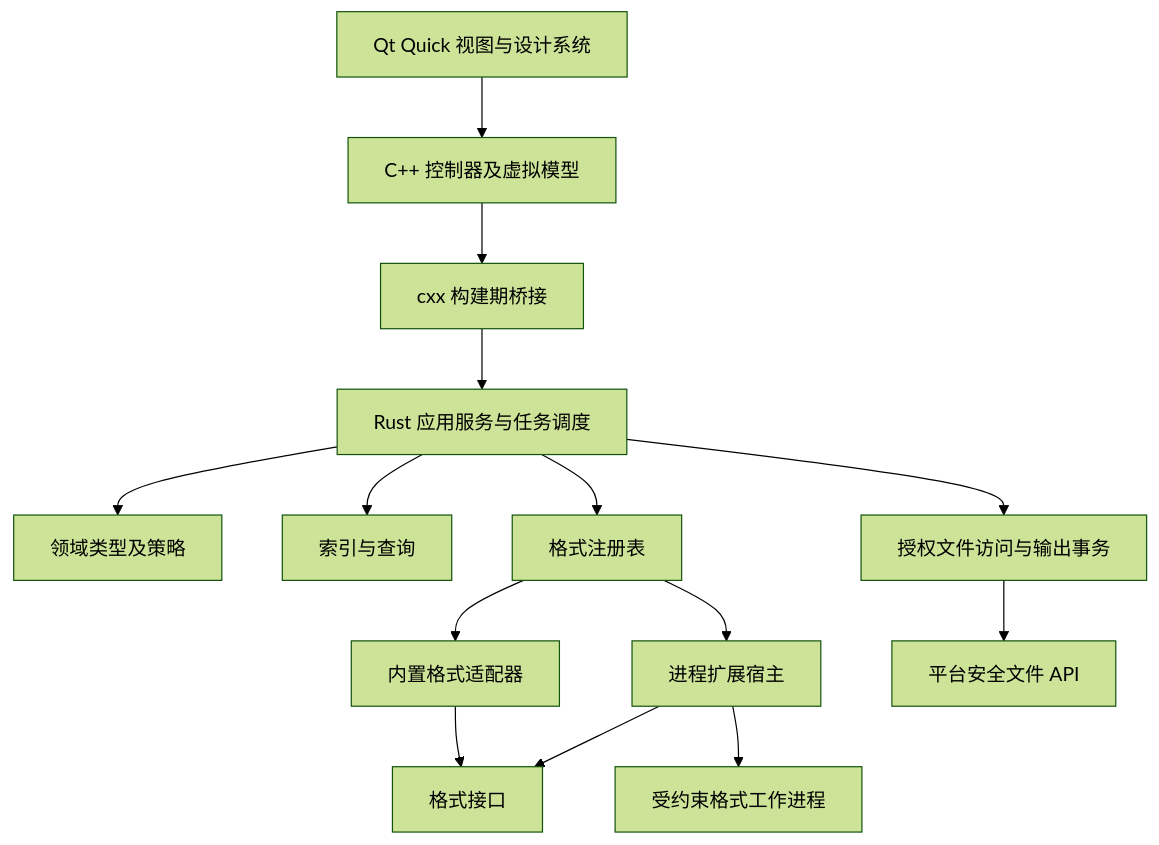
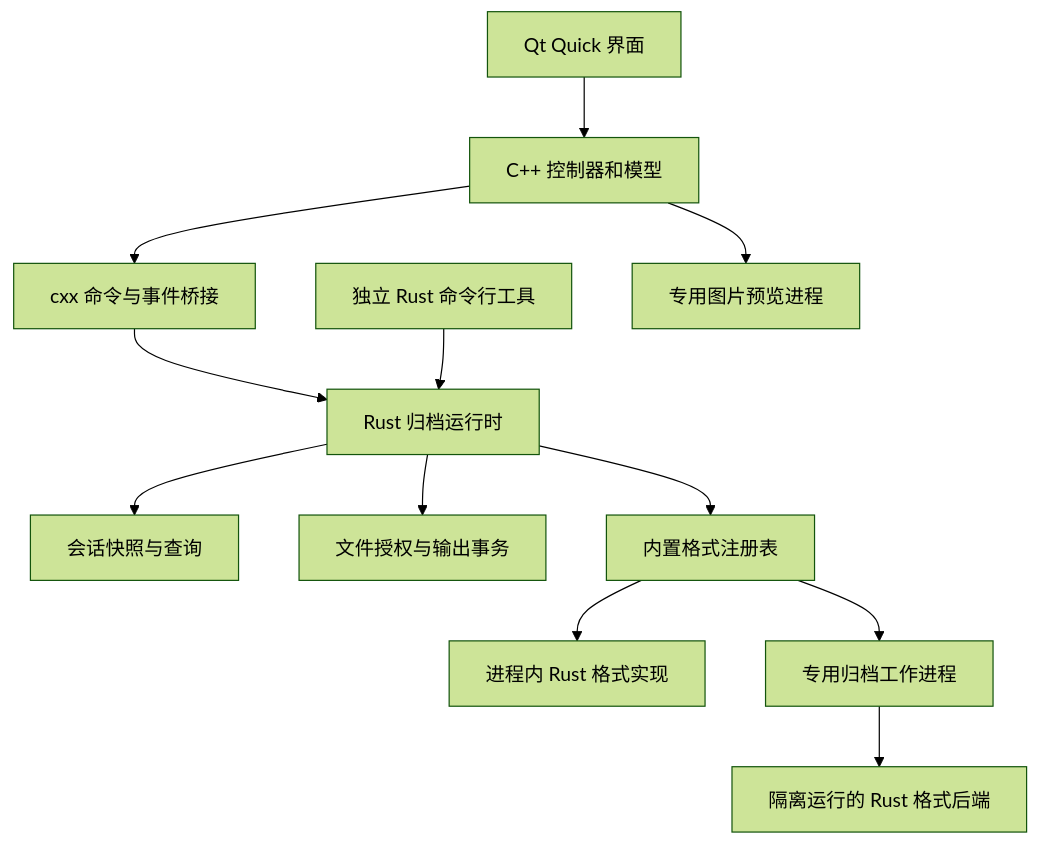
Before and after one commit to xiaodaozhi/xdzip: the diagram in docs/zh-CN/design/system-architecture.md, drawn with Mermaid (forest theme). The commit also changed other lines of this file and 271 other files, not shown here.

````diff
--- a/docs/zh-CN/design/system-architecture.md
+++ b/docs/zh-CN/design/system-architecture.md
@@ -11,16 +7,14 @@
 ```mermaid
 flowchart TB
-  QML[Qt Quick 视图与设计系统] --> QT[C++ 控制器及虚拟模型]
-  QT --> BR[cxx 构建期桥接]
-  BR --> APP[Rust 应用服务与任务调度]
-  APP --> DOM[领域类型及策略]
-  APP --> IDX[索引与查询]
-  APP --> SAFE[授权文件访问与输出事务]
-  APP --> REG[格式注册表]
-  REG --> CODEC[内置格式适配器]
-  REG --> PH[进程扩展宿主]
-  PH --> WP[受约束格式工作进程]
-  CODEC --> SDK[格式接口]
-  PH --> SDK
-  SAFE --> OS[平台安全文件 API]
+  UI[Qt Quick 界面] --> CPP[C++ 控制器和模型]
+  CPP --> BR[cxx 命令与事件桥接]
+  BR --> APP[Rust 归档运行时]
+  CLI[独立 Rust 命令行工具] --> APP
+  APP --> INDEX[会话快照与查询]
+  APP --> IO[文件授权与输出事务]
+  APP --> REG[内置格式注册表]
+  REG --> CODEC[进程内 Rust 格式实现]
+  REG --> WORKER[专用归档工作进程]
+  WORKER --> RUST[隔离运行的 Rust 格式后端]
+  CPP --> PREVIEW[专用图片预览进程]
 ```
````
